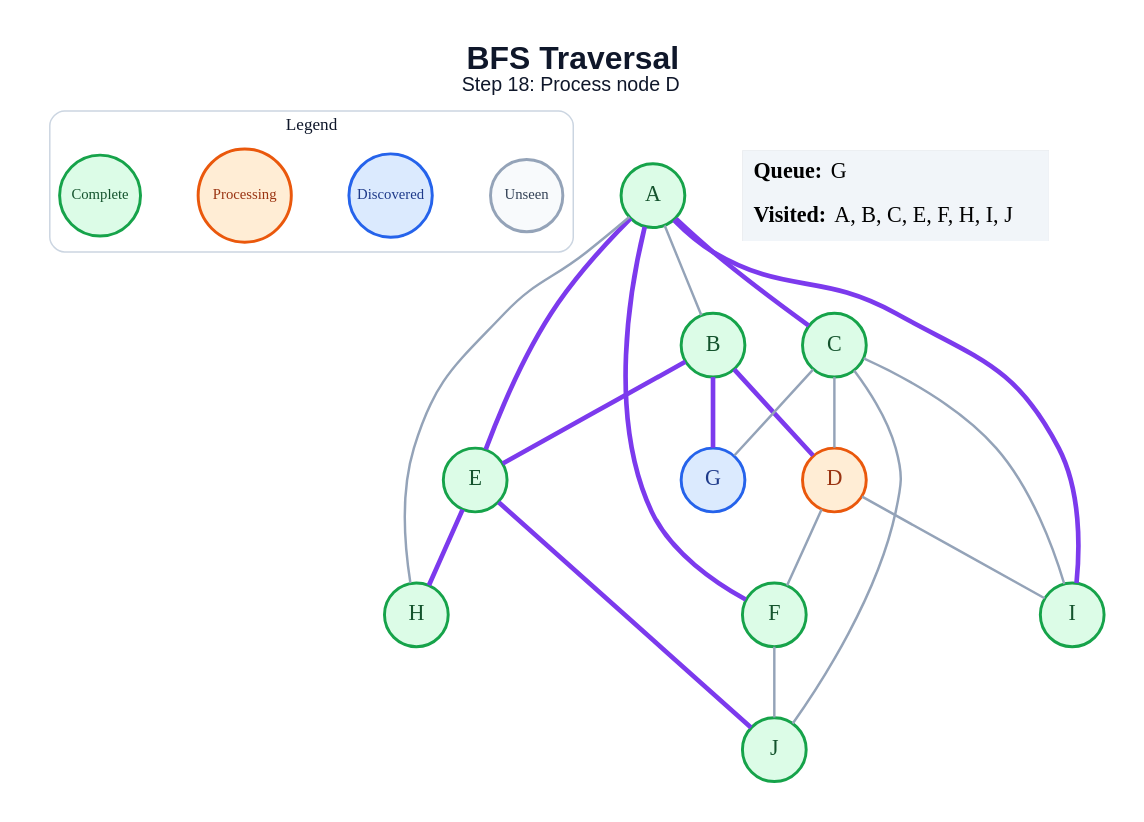
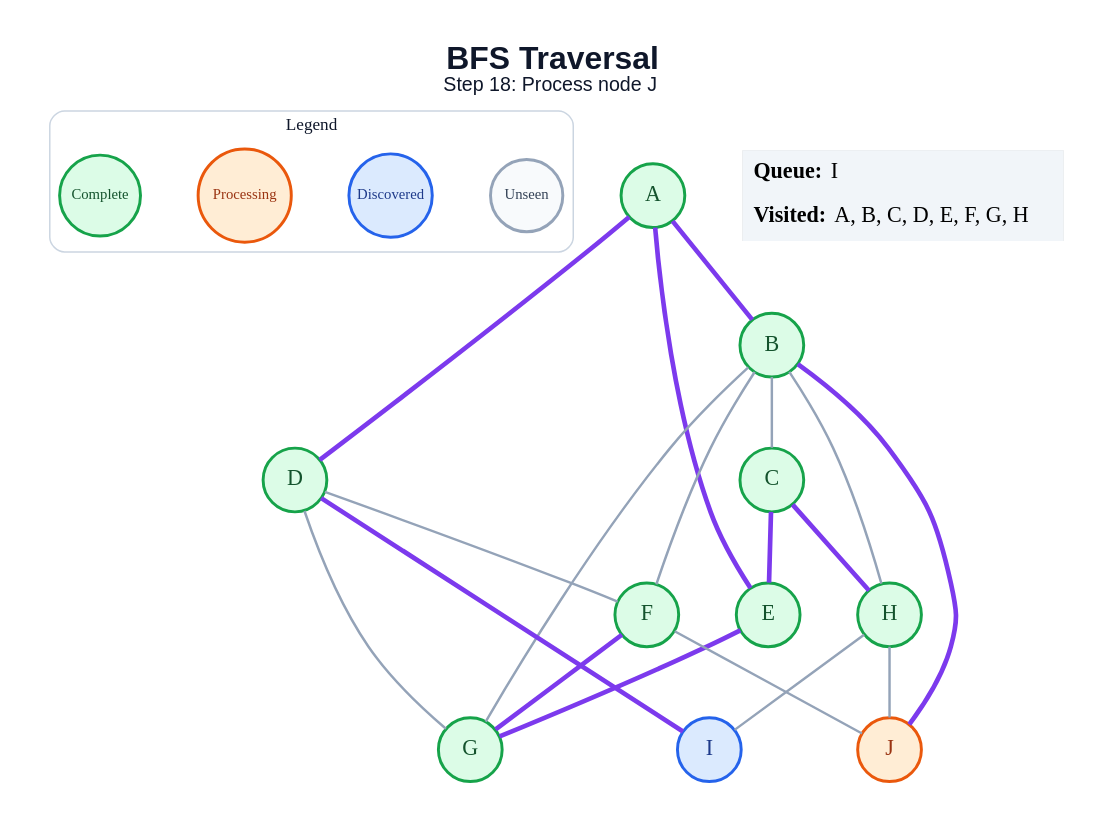
One commit to amanghodawala9/ai-slop changed the diagram in generated/specific-node/bfs/step_18.dot. Above: the diagram before and after it, drawn with Graphviz. The commit also changed 178 other files, not shown here.

```diff
--- a/generated/specific-node/bfs/step_18.dot
+++ b/generated/specific-node/bfs/step_18.dot
@@ -1,47 +1,47 @@
 graph traversal {
   graph [layout=dot, rankdir=TB, bgcolor="#FFFFFF", pad="0.35", nodesep="0.65", ranksep="0.8", fontname="Arial"];
   node [shape=circle, style="filled", fontname="Arial Bold", fontsize=18, width=0.72, fixedsize=true, penwidth=2.4];
   edge [color="#94A3B8", penwidth=2.0];
-  label=<<B>BFS Traversal</B><BR/><FONT POINT-SIZE="16">Step 18: Process node D</FONT>>; labelloc="t"; fontsize=26; fontname="Arial"; fontcolor="#0F172A";
+  label=<<B>BFS Traversal</B><BR/><FONT POINT-SIZE="16">Step 18: Process node J</FONT>>; labelloc="t"; fontsize=26; fontname="Arial"; fontcolor="#0F172A";
   subgraph cluster_legend { label="Legend"; color="#CBD5E1"; penwidth=1.2; style="rounded"; fontsize=14; fontname="Arial Bold";
     key_unseen [label="Unseen", fillcolor="#F8FAFC", color="#94A3B8", fontcolor="#334155", fontsize=12, width=0.82];
     key_frontier [label="Discovered", fillcolor="#DBEAFE", color="#2563EB", fontcolor="#1E3A8A", fontsize=12, width=0.95];
     key_current [label="Processing", fillcolor="#FFEDD5", color="#EA580C", fontcolor="#9A3412", fontsize=12, width=1.05];
     key_done [label="Complete", fillcolor="#DCFCE7", color="#16A34A", fontcolor="#14532D", fontsize=12, width=0.92];
     { rank=same; key_unseen; key_frontier; key_current; key_done; }
   }
   A [fillcolor="#DCFCE7", color="#16A34A", fontcolor="#14532D"];
   B [fillcolor="#DCFCE7", color="#16A34A", fontcolor="#14532D"];
   C [fillcolor="#DCFCE7", color="#16A34A", fontcolor="#14532D"];
-  D [fillcolor="#FFEDD5", color="#EA580C", fontcolor="#9A3412"];
+  D [fillcolor="#DCFCE7", color="#16A34A", fontcolor="#14532D"];
   E [fillcolor="#DCFCE7", color="#16A34A", fontcolor="#14532D"];
   F [fillcolor="#DCFCE7", color="#16A34A", fontcolor="#14532D"];
-  G [fillcolor="#DBEAFE", color="#2563EB", fontcolor="#1E3A8A"];
+  G [fillcolor="#DCFCE7", color="#16A34A", fontcolor="#14532D"];
   H [fillcolor="#DCFCE7", color="#16A34A", fontcolor="#14532D"];
-  I [fillcolor="#DCFCE7", color="#16A34A", fontcolor="#14532D"];
-  J [fillcolor="#DCFCE7", color="#16A34A", fontcolor="#14532D"];
-  A -- B;
-  A -- C [color="#7C3AED", penwidth=3.8];
+  I [fillcolor="#DBEAFE", color="#2563EB", fontcolor="#1E3A8A"];
+  J [fillcolor="#FFEDD5", color="#EA580C", fontcolor="#9A3412"];
+  A -- B [color="#7C3AED", penwidth=3.8];
+  A -- D [color="#7C3AED", penwidth=3.8];
   A -- E [color="#7C3AED", penwidth=3.8];
-  A -- F [color="#7C3AED", penwidth=3.8];
-  A -- H;
-  A -- I [color="#7C3AED", penwidth=3.8];
-  B -- D [color="#7C3AED", penwidth=3.8];
-  B -- E [color="#7C3AED", penwidth=3.8];
-  B -- G [color="#7C3AED", penwidth=3.8];
-  C -- D;
-  C -- G;
-  C -- I;
-  C -- J;
+  B -- C;
+  B -- F;
+  B -- G;
+  B -- H;
+  B -- J [color="#7C3AED", penwidth=3.8];
+  C -- E [color="#7C3AED", penwidth=3.8];
+  C -- H [color="#7C3AED", penwidth=3.8];
   D -- F;
-  D -- I;
-  E -- H [color="#7C3AED", penwidth=3.8];
-  E -- J [color="#7C3AED", penwidth=3.8];
+  D -- G;
+  D -- I [color="#7C3AED", penwidth=3.8];
+  E -- G [color="#7C3AED", penwidth=3.8];
+  F -- G [color="#7C3AED", penwidth=3.8];
   F -- J;
+  H -- I;
+  H -- J;
   status [shape=plain, fixedsize=false, width=0, height=0, margin=0, label=<
     <TABLE BORDER="0" CELLBORDER="0" CELLPADDING="7" BGCOLOR="#F1F5F9">
-      <TR><TD ALIGN="LEFT"><B>Queue:</B> G</TD></TR>
-      <TR><TD ALIGN="LEFT"><B>Visited:</B> A, B, C, E, F, H, I, J</TD></TR>
+      <TR><TD ALIGN="LEFT"><B>Queue:</B> I</TD></TR>
+      <TR><TD ALIGN="LEFT"><B>Visited:</B> A, B, C, D, E, F, G, H</TD></TR>
     </TABLE>
   >];
 }
```
